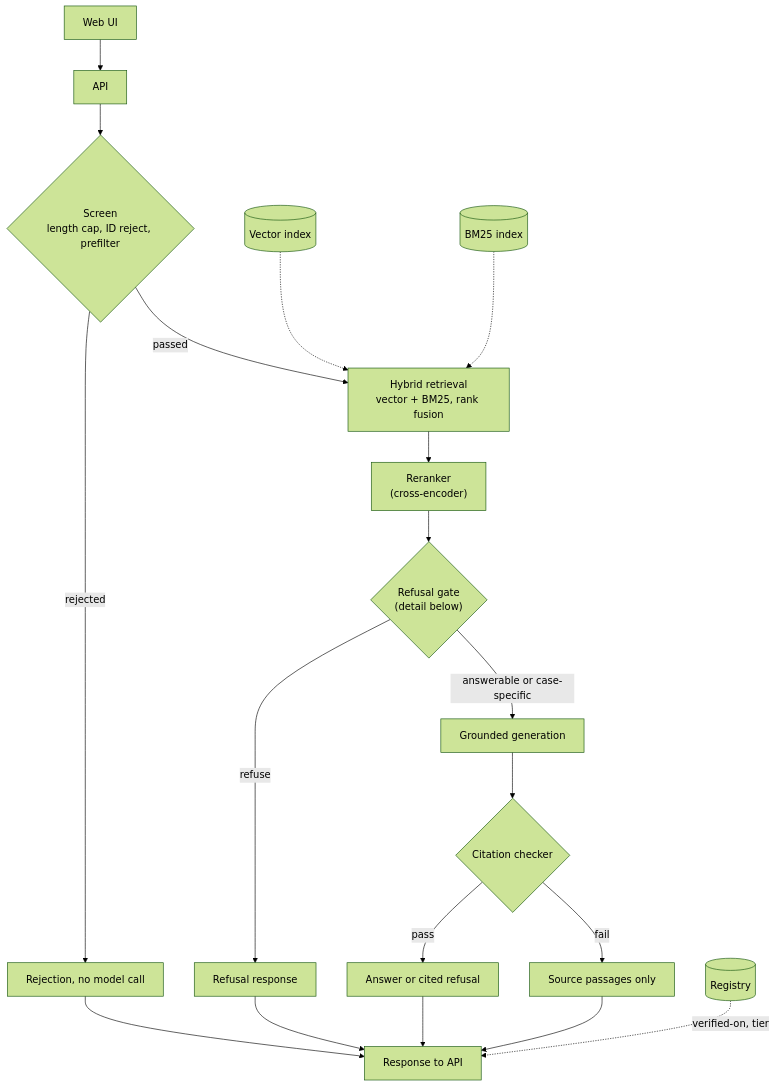
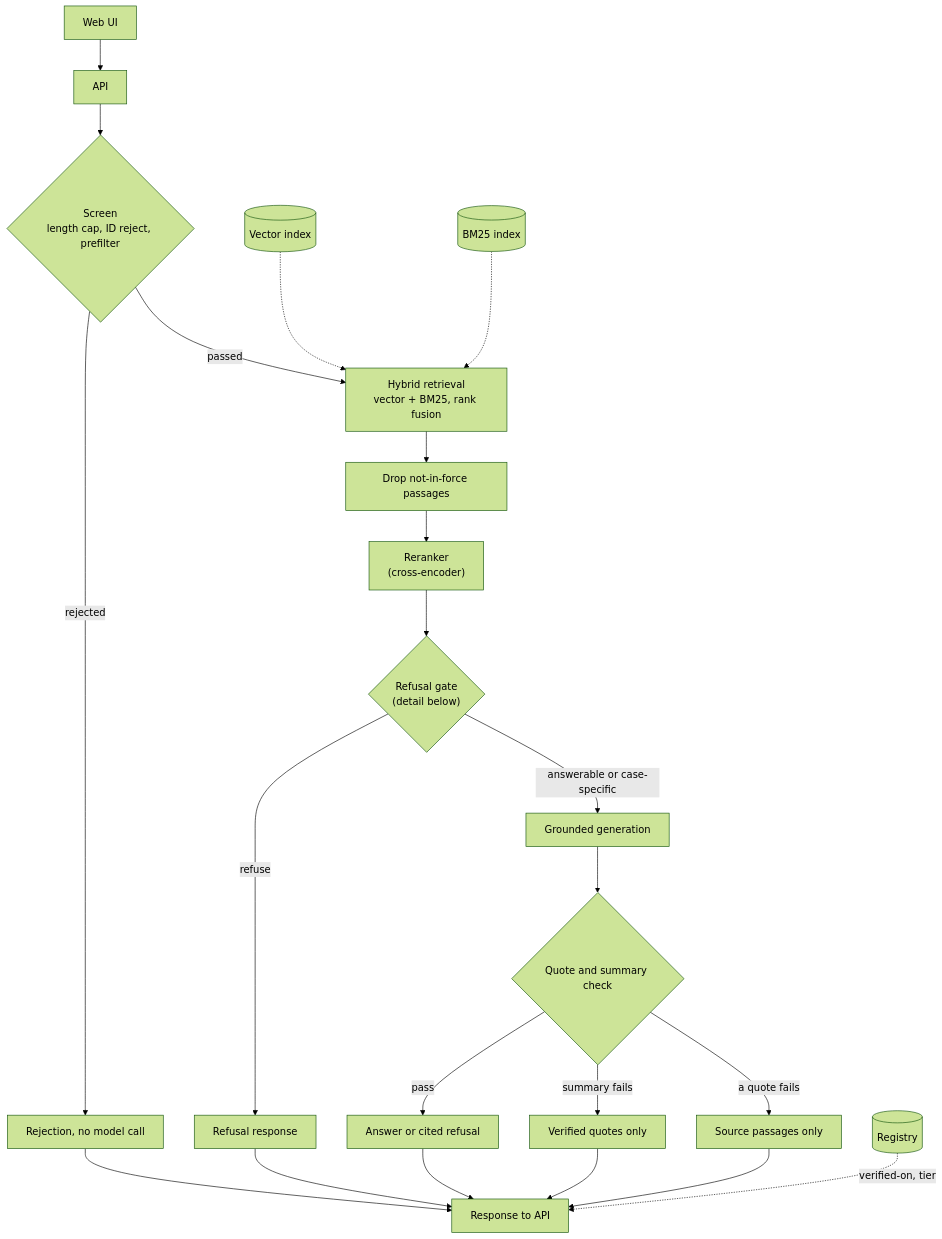
Before and after one commit to hemanta12/f1-waypoint: the third of 6 diagrams in docs/core/Architecture.md, drawn with Mermaid (forest theme). The commit also changed other lines of this file and 5 other files, not shown here.

````diff
--- a/docs/core/Architecture.md
+++ b/docs/core/Architecture.md
@@ -48,21 +48,24 @@
 ```mermaid
 flowchart TD
   UI["Web UI"] --> API["API"]
   API --> SCR{"Screen<br/>length cap, ID reject, prefilter"}
   SCR -->|"rejected"| REJ["Rejection, no model call"]
   SCR -->|"passed"| RET["Hybrid retrieval<br/>vector + BM25, rank fusion"]
-  RET --> RR["Reranker<br/>(cross-encoder)"]
+  RET --> NIF["Drop not-in-force passages"]
+  NIF --> RR["Reranker<br/>(cross-encoder)"]
   RR --> GATE{"Refusal gate<br/>(detail below)"}
   GATE -->|"refuse"| REF["Refusal response"]
   GATE -->|"answerable or case-specific"| GEN["Grounded generation"]
-  GEN --> CHK{"Citation checker"}
+  GEN --> CHK{"Quote and summary check"}
   CHK -->|"pass"| ANS["Answer or cited refusal"]
-  CHK -->|"fail"| FB["Source passages only"]
+  CHK -->|"summary fails"| QO["Verified quotes only"]
+  CHK -->|"a quote fails"| FB["Source passages only"]
   REJ --> OUT["Response to API"]
+  QO --> OUT
   REF --> OUT
   ANS --> OUT
   FB --> OUT
   VEC[("Vector index")] -.-> RET
   BM[("BM25 index")] -.-> RET
   REG[("Registry")] -.->|"verified-on, tier"| OUT
 ```
````
